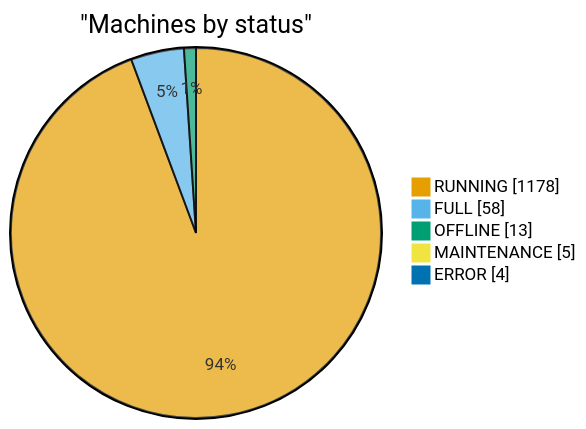
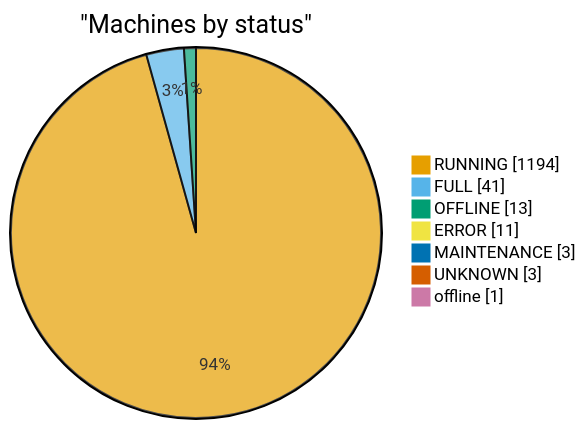
One commit to cheeaun/returnright-data changed the first of 7 diagrams in ANALYSIS.md. Above: the diagram before and after it, drawn with Mermaid. The commit also changed other lines of this file and 3 other files, not shown here.

````diff
--- a/ANALYSIS.md
+++ b/ANALYSIS.md
@@ -16,21 +16,23 @@
 ```mermaid
 ---
 config:
   themeVariables:
     pie1: "#E69F00"
     pie2: "#56B4E9"
     pie3: "#009E73"
     pie4: "#F0E442"
     pie5: "#0072B2"
     pie6: "#D55E00"
     pie7: "#CC79A7"
     pie8: "#999999"
 ---
 pie showData
     title "Machines by status"
-    "RUNNING": 1178
-    "FULL": 58
+    "RUNNING": 1194
+    "FULL": 41
     "OFFLINE": 13
-    "MAINTENANCE": 5
-    "ERROR": 4
+    "ERROR": 11
+    "MAINTENANCE": 3
+    "UNKNOWN": 3
+    "offline": 1
 ```
````
